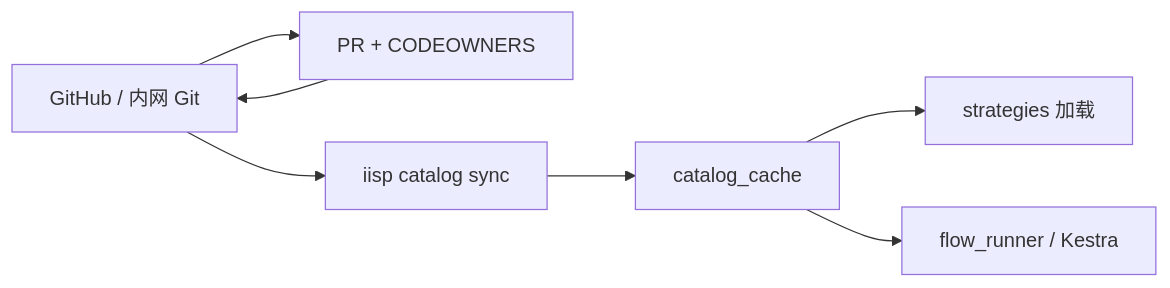
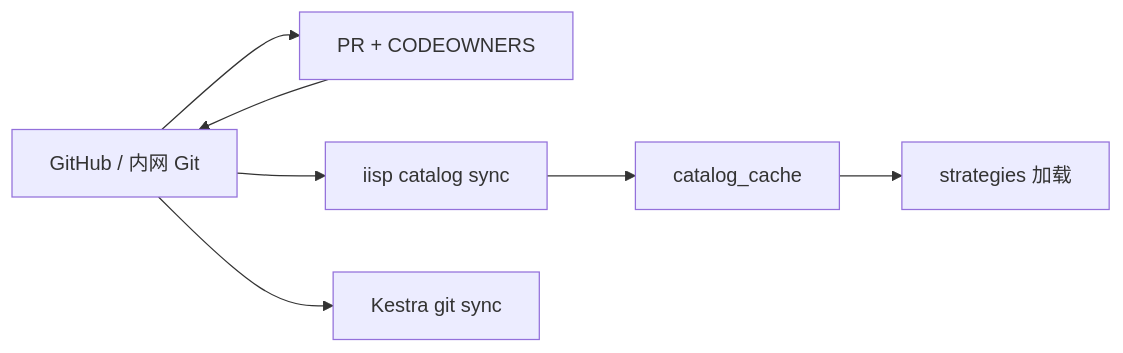
Before and after one commit to algo-boost/DetForge-Studio: the seventh of 10 diagrams in docs/ARCHITECTURE_DIAGRAMS.md, drawn with Mermaid. The commit also changed other lines of this file and 37 other files, not shown here.

````diff
--- a/docs/ARCHITECTURE_DIAGRAMS.md
+++ b/docs/ARCHITECTURE_DIAGRAMS.md
@@ -236,14 +235,14 @@
 ```mermaid
 flowchart LR
   GH[GitHub / 内网 Git]
   PR[PR + CODEOWNERS]
   Sync[iisp catalog sync]
   Cache[catalog_cache]
   Strat[strategies 加载]
-  Flow[flow_runner / Kestra]
+  Kestra[Kestra git sync]
 
   GH --> PR --> GH
   GH --> Sync --> Cache
   Cache --> Strat
-  Cache --> Flow
+  GH --> Kestra
 ```
````
